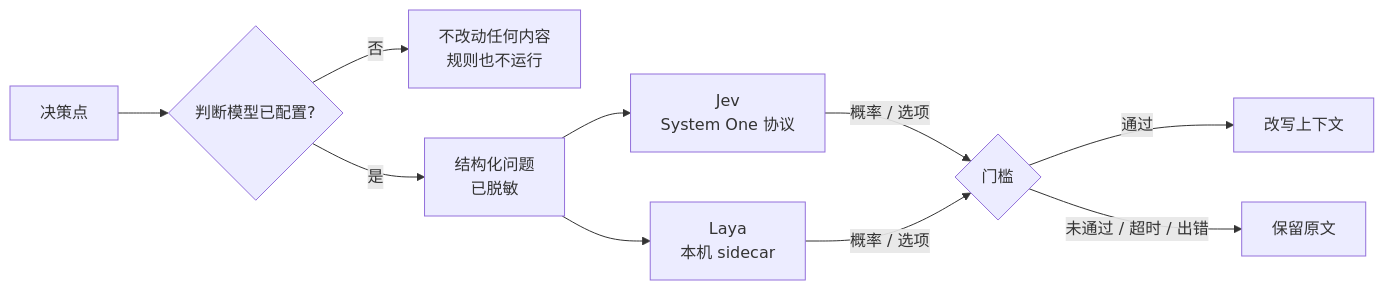
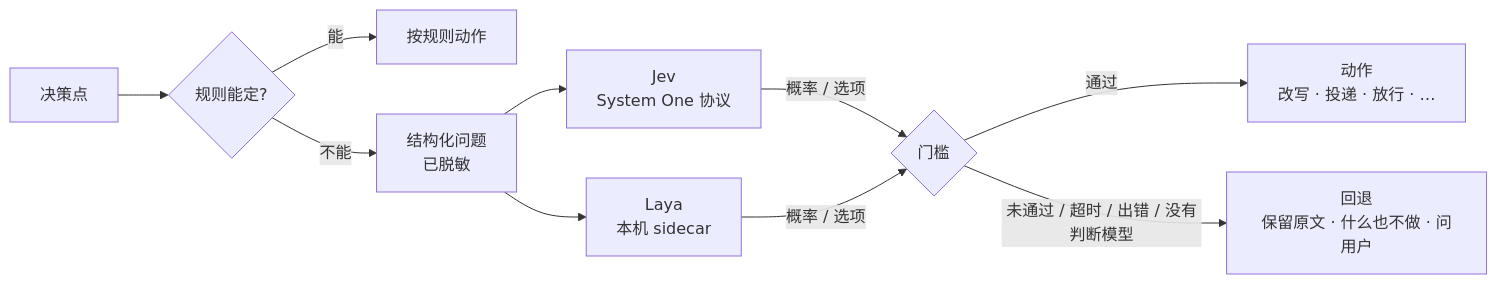
The second of 2 diagrams in README.zh-CN.md (Sev7eEn7/dsh-sieve), drawn with Mermaid before and after one commit. The commit also changed other lines of this file and 2 other files, not shown here.

````diff
--- a/README.zh-CN.md
+++ b/README.zh-CN.md
@@ -118,11 +251,11 @@
 ```mermaid
 flowchart LR
-    D[决策点] --> R{判断模型已配置?}
-    R -->|否| N[不改动任何内容<br/>规则也不运行]
-    R -->|是| Q[结构化问题<br/>已脱敏]
+    D[决策点] --> R{规则能定?}
+    R -->|能| RA[按规则动作]
+    R -->|不能| Q[结构化问题<br/>已脱敏]
     Q --> JV["Jev<br/>System One 协议"]
     Q --> LY["Laya<br/>本机 sidecar"]
     JV & LY -->|概率 / 选项| P{门槛}
-    P -->|通过| AP[改写上下文]
-    P -->|未通过 / 超时 / 出错| KP[保留原文]
+    P -->|通过| AP[动作<br/>改写 · 投递 · 放行 · …]
+    P -->|未通过 / 超时 / 出错 / 没有判断模型| KP[回退<br/>保留原文 · 什么也不做 · 问用户]
 ```
````
